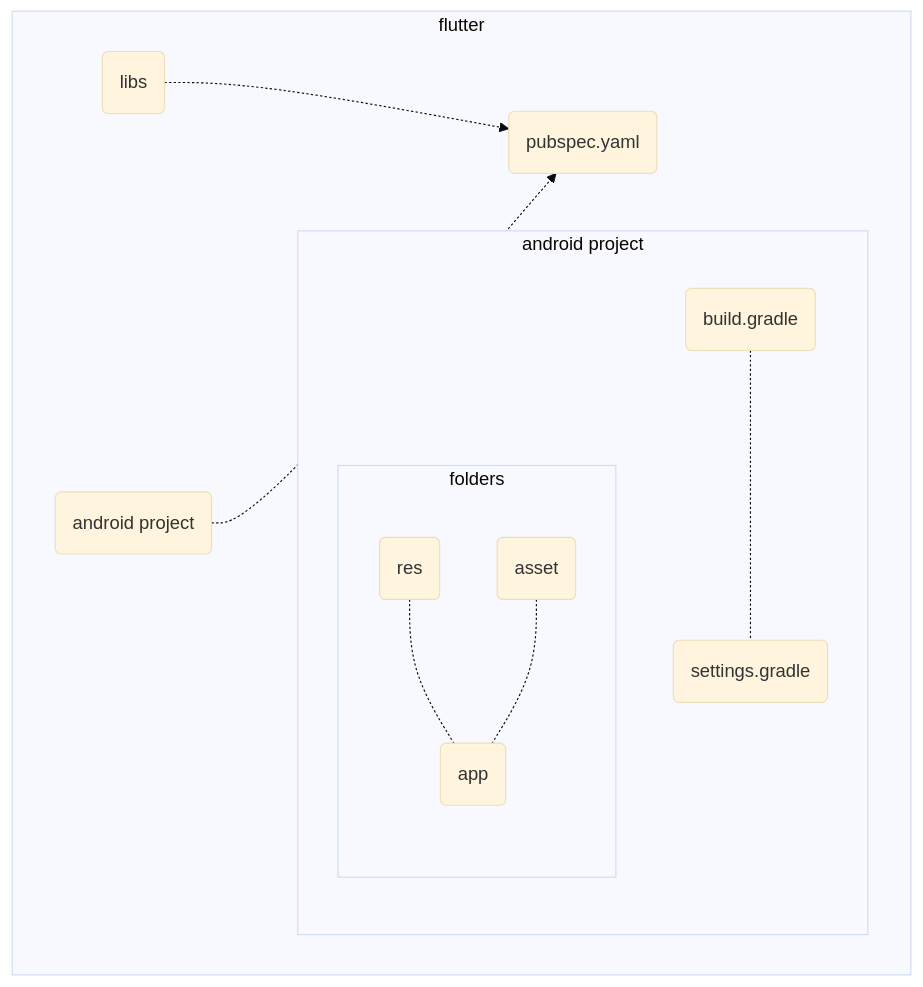
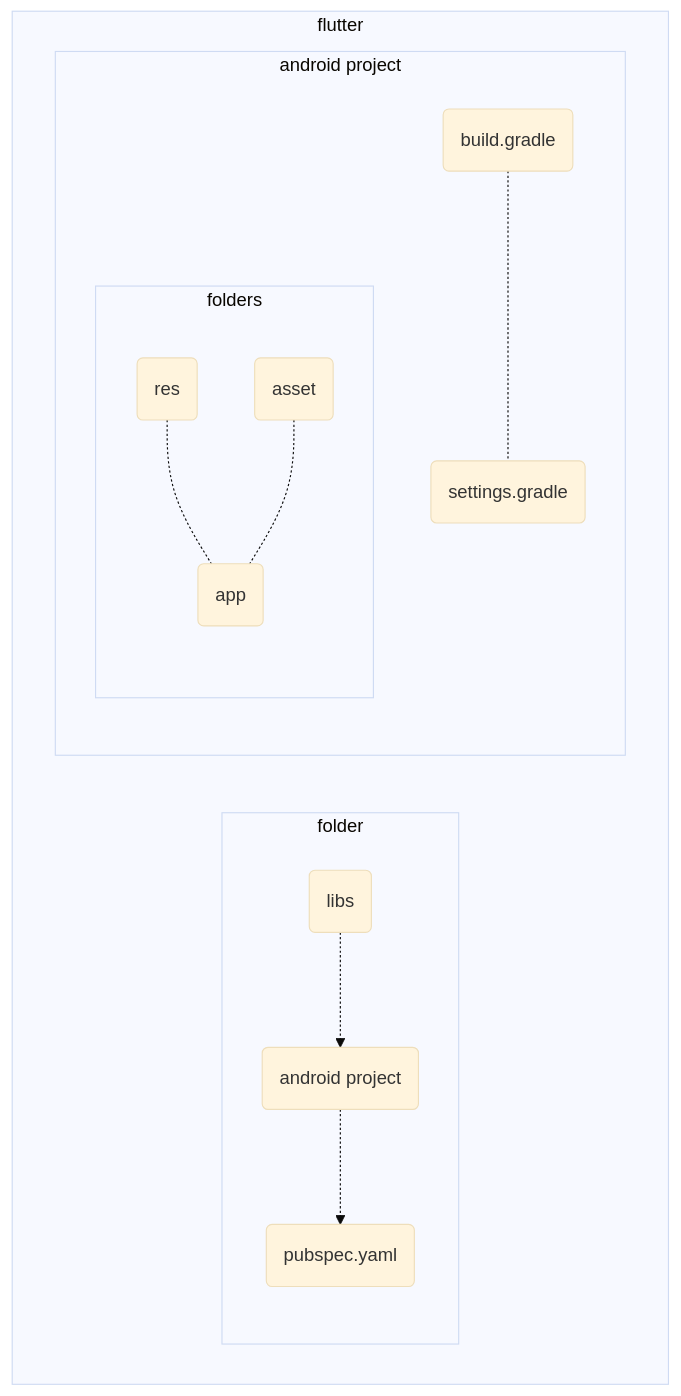
One commit to gordianknotC/nxp_note changed the second of 2 diagrams in flutter/addAndroidProjIntoFlutter.md. Above: the diagram before and after it, drawn with Mermaid (base theme). The commit also changed other lines of this file, not shown here.

Commit message:
flutter/addAndroidProjIntoFlutter.md updated from https://stackedit.io/

````diff
--- a/flutter/addAndroidProjIntoFlutter.md
+++ b/flutter/addAndroidProjIntoFlutter.md
@@ -225,18 +225,21 @@
 ```mermaid
 graph TB
 	subgraph flutter
-		FL(libs) -.-> FP(pubspec.yaml)
-		FA(android project) -.-> FP
+		 FP(pubspec.yaml)
+		
+		subgraph folder
+			FL(libs) -.-> FA(android project) -.-> FP
+		end
 		subgraph android project
 			AB(build.gradle) -.- AS(settings.gradle)
 			
 			subgraph folders
 				PR(res) -.- PA(app)
 				PS(asset) -.- PA
 			end
 				
 		end
 	end
 	
 	 
 ```
````
